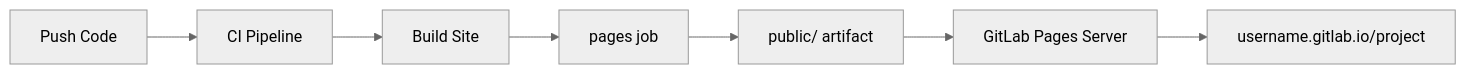
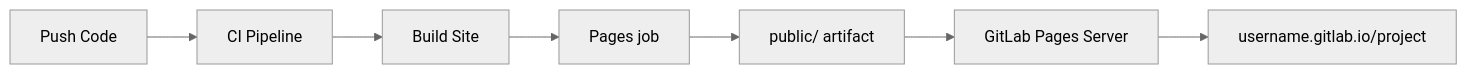
The diagram in posts/2025-12-21-gitlab-pages-deployment/README.md (OneUptime/blog), drawn with Mermaid (neutral theme) before and after one commit. The commit also changed other lines of this file and 2 other files, not shown here.

Commit message:
validate: 2025-12-21-gitlab-pages-deployment

````diff
--- a/posts/2025-12-21-gitlab-pages-deployment/README.md
+++ b/posts/2025-12-21-gitlab-pages-deployment/README.md
@@ -17,9 +17,9 @@
 ```mermaid
 flowchart LR
     A[Push Code] --> B[CI Pipeline]
     B --> C[Build Site]
-    C --> D[pages job]
+    C --> D[Pages job]
     D --> E[public/ artifact]
     E --> F[GitLab Pages Server]
     F --> G[username.gitlab.io/project]
 ```
````
